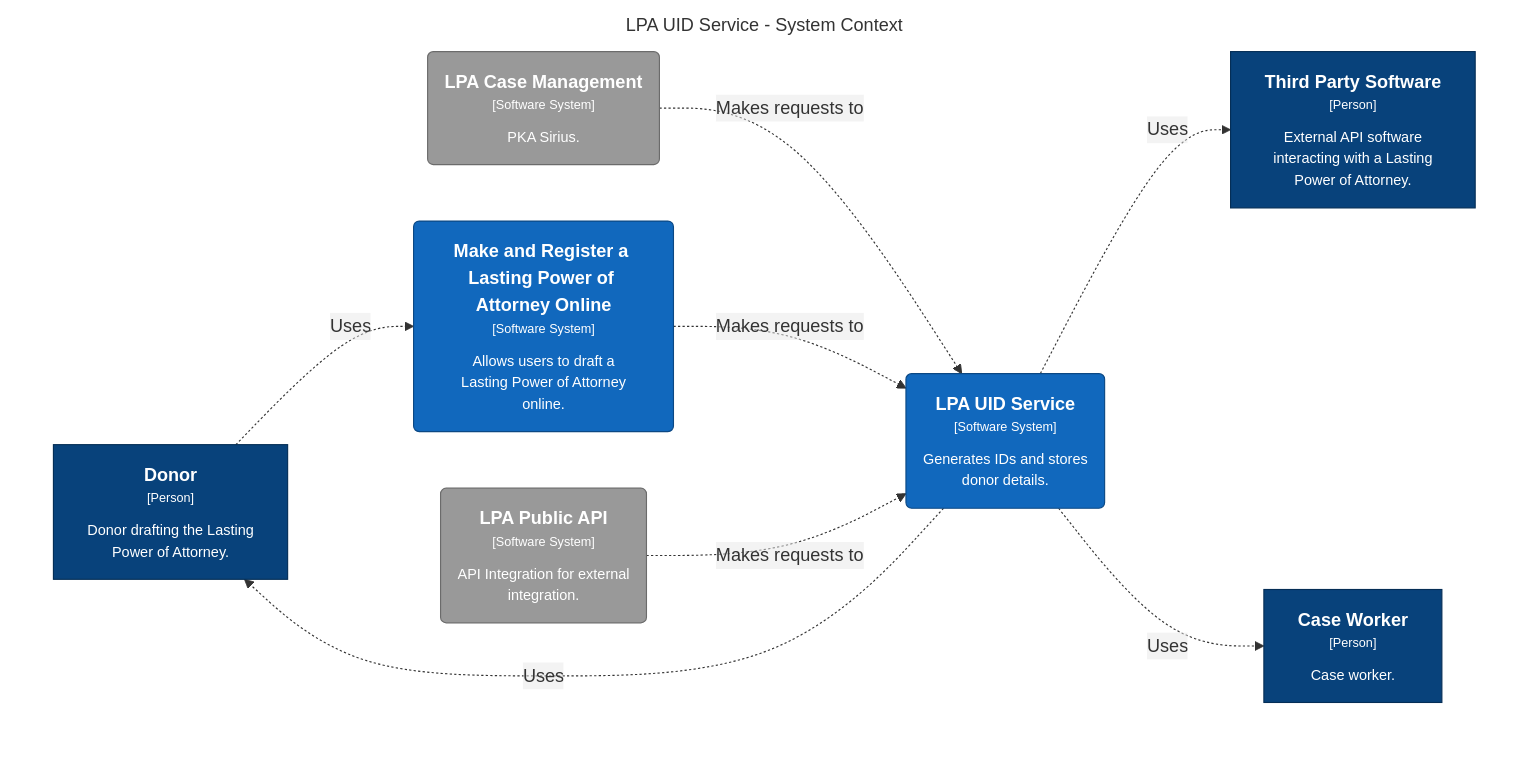
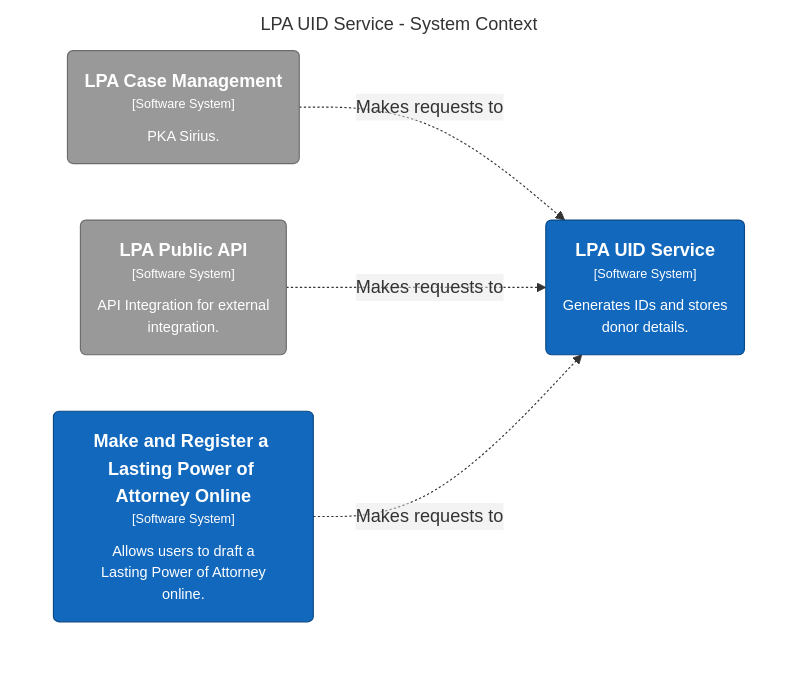
Before and after one commit to ministryofjustice/opg-data-lpa-uid: the diagram in docs/architecture/dsl/local/structurizr-SystemContext.mmd, drawn with Mermaid. The commit also changed 5 other files, not shown here.

```diff
--- a/docs/architecture/dsl/local/structurizr-SystemContext.mmd
+++ b/docs/architecture/dsl/local/structurizr-SystemContext.mmd
@@ -1,29 +1,19 @@
 graph TB
   linkStyle default fill:#ffffff
 
   subgraph diagram [LPA UID Service - System Context]
     style diagram fill:#ffffff,stroke:#ffffff
 
-    1["<div style='font-weight: bold'>Third Party Software</div><div style='font-size: 70%; margin-top: 0px'>[Person]</div><div style='font-size: 80%; margin-top:10px'>External API software<br />interacting with a Lasting<br />Power of Attorney.</div>"]
-    style 1 fill:#08427b,stroke:#052e56,color:#ffffff
-    18("<div style='font-weight: bold'>LPA Case Management</div><div style='font-size: 70%; margin-top: 0px'>[Software System]</div><div style='font-size: 80%; margin-top:10px'>PKA Sirius.</div>")
-    style 18 fill:#999999,stroke:#6b6b6b,color:#ffffff
-    19("<div style='font-weight: bold'>LPA Public API</div><div style='font-size: 70%; margin-top: 0px'>[Software System]</div><div style='font-size: 80%; margin-top:10px'>API Integration for external<br />integration.</div>")
-    style 19 fill:#999999,stroke:#6b6b6b,color:#ffffff
-    20("<div style='font-weight: bold'>LPA UID Service</div><div style='font-size: 70%; margin-top: 0px'>[Software System]</div><div style='font-size: 80%; margin-top:10px'>Generates IDs and stores<br />donor details.</div>")
-    style 20 fill:#1168bd,stroke:#0b4884,color:#ffffff
-    3["<div style='font-weight: bold'>Donor</div><div style='font-size: 70%; margin-top: 0px'>[Person]</div><div style='font-size: 80%; margin-top:10px'>Donor drafting the Lasting<br />Power of Attorney.</div>"]
-    style 3 fill:#08427b,stroke:#052e56,color:#ffffff
-    5["<div style='font-weight: bold'>Case Worker</div><div style='font-size: 70%; margin-top: 0px'>[Person]</div><div style='font-size: 80%; margin-top:10px'>Case worker.</div>"]
-    style 5 fill:#08427b,stroke:#052e56,color:#ffffff
+    18("<div style='font-weight: bold'>LPA UID Service</div><div style='font-size: 70%; margin-top: 0px'>[Software System]</div><div style='font-size: 80%; margin-top:10px'>Generates IDs and stores<br />donor details.</div>")
+    style 18 fill:#1168bd,stroke:#0b4884,color:#ffffff
+    28("<div style='font-weight: bold'>LPA Case Management</div><div style='font-size: 70%; margin-top: 0px'>[Software System]</div><div style='font-size: 80%; margin-top:10px'>PKA Sirius.</div>")
+    style 28 fill:#999999,stroke:#6b6b6b,color:#ffffff
+    31("<div style='font-weight: bold'>LPA Public API</div><div style='font-size: 70%; margin-top: 0px'>[Software System]</div><div style='font-size: 80%; margin-top:10px'>API Integration for external<br />integration.</div>")
+    style 31 fill:#999999,stroke:#6b6b6b,color:#ffffff
     6("<div style='font-weight: bold'>Make and Register a Lasting Power of Attorney Online</div><div style='font-size: 70%; margin-top: 0px'>[Software System]</div><div style='font-size: 80%; margin-top:10px'>Allows users to draft a<br />Lasting Power of Attorney<br />online.</div>")
     style 6 fill:#1168bd,stroke:#0b4884,color:#ffffff
 
-    3-. "<div>Uses</div><div style='font-size: 70%'></div>" .->6
-    20-. "<div>Uses</div><div style='font-size: 70%'></div>" .->5
-    20-. "<div>Uses</div><div style='font-size: 70%'></div>" .->3
-    20-. "<div>Uses</div><div style='font-size: 70%'></div>" .->1
-    18-. "<div>Makes requests to</div><div style='font-size: 70%'></div>" .->20
-    6-. "<div>Makes requests to</div><div style='font-size: 70%'></div>" .->20
-    19-. "<div>Makes requests to</div><div style='font-size: 70%'></div>" .->20
+    28-. "<div>Makes requests to</div><div style='font-size: 70%'></div>" .->18
+    31-. "<div>Makes requests to</div><div style='font-size: 70%'></div>" .->18
+    6-. "<div>Makes requests to</div><div style='font-size: 70%'></div>" .->18
   end
```
